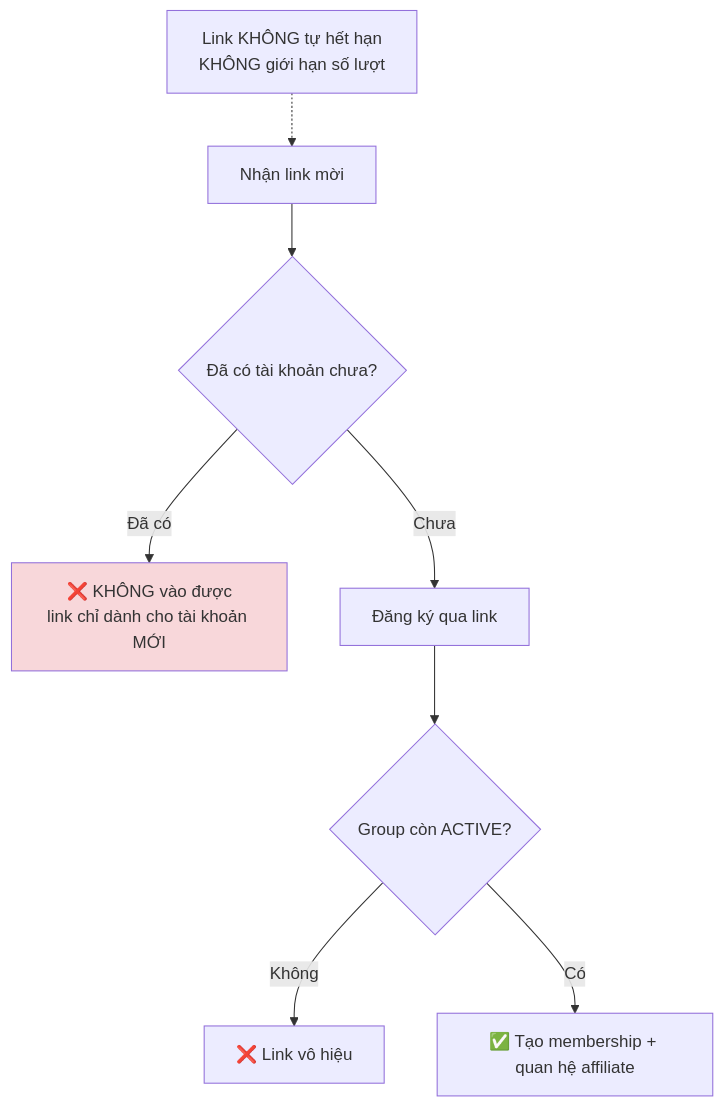
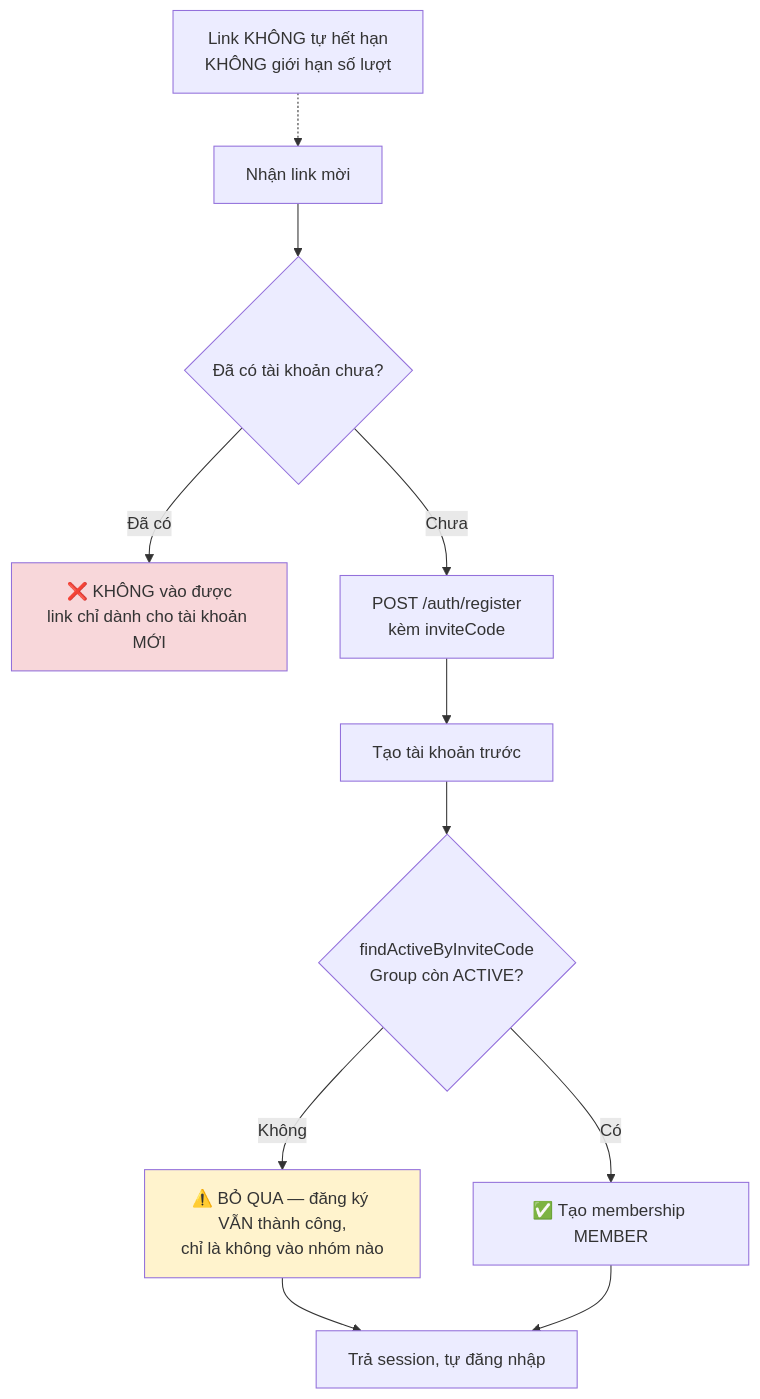
One commit to fdshn/trueheart changed the second of 6 diagrams in docs/diagram/18-group.md. Above: the diagram before and after it, drawn with Mermaid. The commit also changed other lines of this file and 20 other files, not shown here.

First line of the commit message:
feat(group): link mời, danh sách thành viên, sub-team và phép xếp người vào tổ (F53/F54)

````diff
--- a/docs/diagram/18-group.md
+++ b/docs/diagram/18-group.md
@@ -43,13 +48,17 @@
 ```mermaid
 flowchart TD
     A[Nhận link mời] --> B{Đã có tài khoản chưa?}
     B -->|Đã có| C["❌ KHÔNG vào được<br/>link chỉ dành cho tài khoản MỚI"]
-    B -->|Chưa| D[Đăng ký qua link]
-    D --> E{Group còn ACTIVE?}
-    E -->|Không| F[❌ Link vô hiệu]
-    E -->|Có| G[✅ Tạo membership + quan hệ affiliate]
+    B -->|Chưa| D["POST /auth/register<br/>kèm inviteCode"]
+    D --> D2[Tạo tài khoản trước]
+    D2 --> E{"findActiveByInviteCode<br/>Group còn ACTIVE?"}
+    E -->|Không| F["⚠️ BỎ QUA — đăng ký VẪN thành công,<br/>chỉ là không vào nhóm nào"]
+    E -->|Có| G[✅ Tạo membership MEMBER]
+    F --> H2[Trả session, tự đăng nhập]
+    G --> H2
 
     H["Link KHÔNG tự hết hạn<br/>KHÔNG giới hạn số lượt"] -.-> A
 
     style C fill:#f8d7da
+    style F fill:#fff3cd
 ```
````
